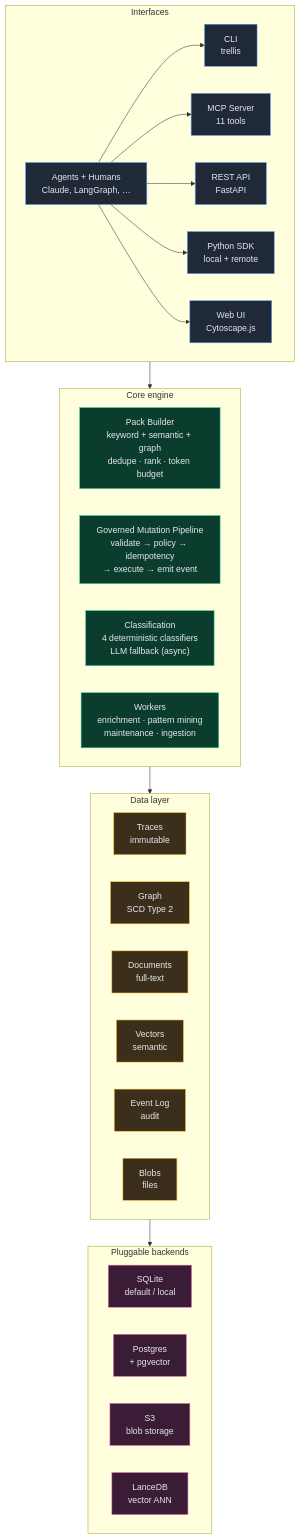
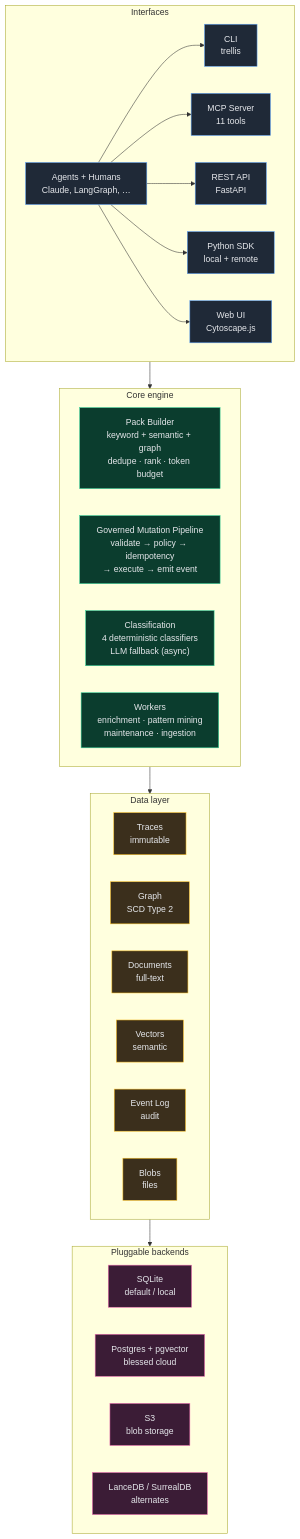
The first of 5 diagrams in README.md (ronsse/trellis-ai), drawn with Mermaid before and after one commit. The commit also changed other lines of this file and 1 other file, not shown here.

First line of the commit message:
Refocus README messaging + pgvector as blessed cloud default

````diff
--- a/README.md
+++ b/README.md
@@ -42,52 +42,52 @@
 ```mermaid
 flowchart TB
     subgraph Interfaces["Interfaces"]
         direction LR
         CLI["CLI<br/>trellis"]
         MCP["MCP Server<br/>11 tools"]
         REST["REST API<br/>FastAPI"]
         SDK["Python SDK<br/>local + remote"]
         UI["Web UI<br/>Cytoscape.js"]
         Users["Agents + Humans<br/>Claude, LangGraph, …"]
     end
 
     subgraph Core["Core engine"]
         direction LR
         PB["Pack Builder<br/>keyword + semantic + graph<br/>dedupe · rank · token budget"]
         GP["Governed Mutation Pipeline<br/>validate → policy → idempotency<br/>→ execute → emit event"]
         CL["Classification<br/>4 deterministic classifiers<br/>LLM fallback (async)"]
         WK["Workers<br/>enrichment · pattern mining<br/>maintenance · ingestion"]
     end
 
     subgraph Data["Data layer"]
         direction LR
         TR["Traces<br/>immutable"]
         GR["Graph<br/>SCD Type 2"]
         DO["Documents<br/>full-text"]
         VE["Vectors<br/>semantic"]
         EL["Event Log<br/>audit"]
         BL["Blobs<br/>files"]
     end
 
     subgraph Backends["Pluggable backends"]
         direction LR
         SQ["SQLite<br/>default / local"]
-        PG["Postgres<br/>+ pgvector"]
+        PG["Postgres + pgvector<br/>blessed cloud"]
         S3["S3<br/>blob storage"]
-        LA["LanceDB<br/>vector ANN"]
+        LA["LanceDB / SurrealDB<br/>alternates"]
     end
 
     Users --> CLI & MCP & REST & SDK & UI
     Interfaces --> Core
     Core --> Data
     Data --> Backends
 
     classDef iface fill:#1f2937,stroke:#60a5fa,color:#e5e7eb;
     classDef core fill:#0b3d2e,stroke:#34d399,color:#e5e7eb;
     classDef data fill:#3b2f1c,stroke:#fbbf24,color:#e5e7eb;
     classDef back fill:#3b1c36,stroke:#f472b6,color:#e5e7eb;
     class CLI,MCP,REST,SDK,UI,Users iface;
     class PB,GP,CL,WK core;
     class TR,GR,DO,VE,EL,BL data;
     class SQ,PG,S3,LA back;
 ```
````
